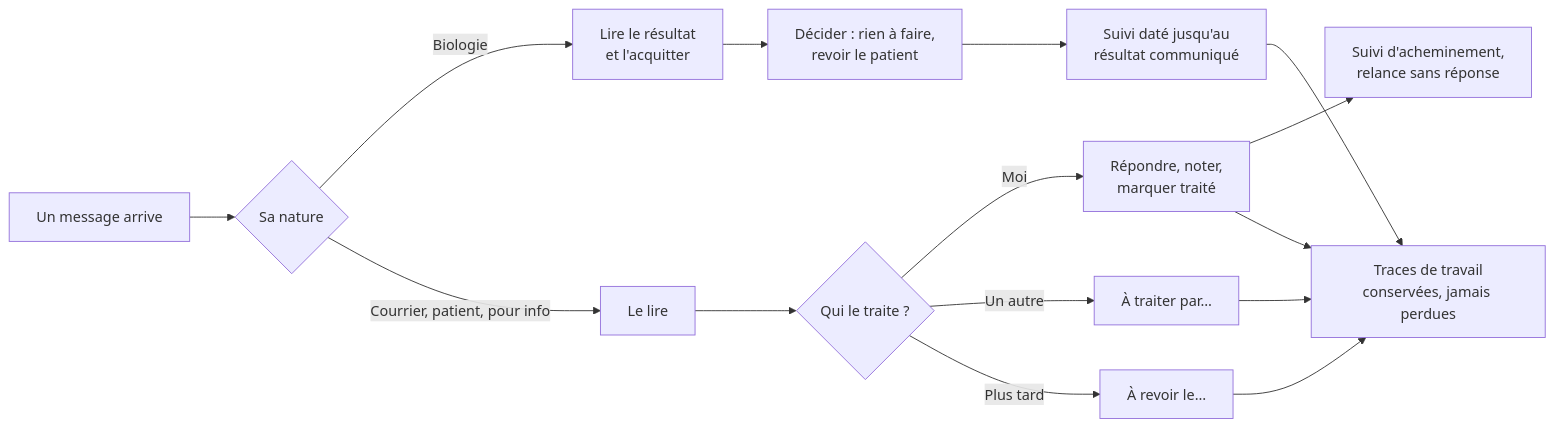
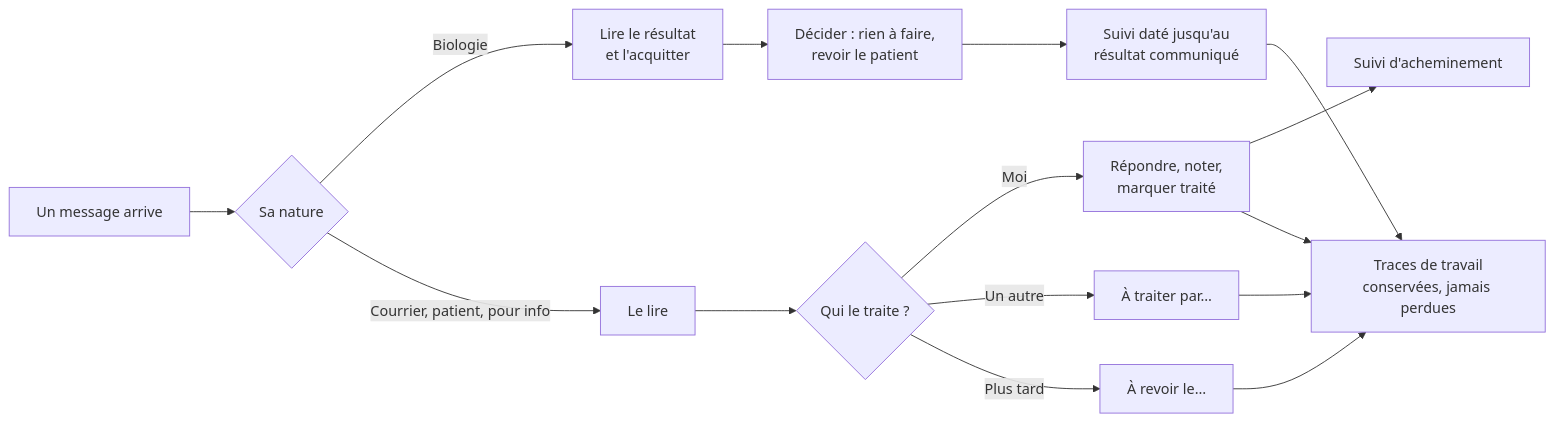
One commit to codengine-technologies/HealthPlatform.Forge changed the diagram in Docs/epics/E024-messagerie-premium-traiter-deleguer-bouc.md. Above: the diagram before and after it, drawn with Mermaid. The commit also changed other lines of this file and 1 other file, not shown here.

Commit message:
docs(E024): relance sans réponse retirée de l'EPIC (task-462 annulée) — v0.8.1

````diff
--- a/Docs/epics/E024-messagerie-premium-traiter-deleguer-bouc.md
+++ b/Docs/epics/E024-messagerie-premium-traiter-deleguer-bouc.md
@@ -97,17 +95,17 @@
 ```mermaid
 flowchart LR
     A[Un message arrive] --> B{Sa nature}
     B -->|Biologie| C[Lire le résultat<br/>et l'acquitter]
     B -->|Courrier, patient, pour info| D[Le lire]
     C --> E[Décider : rien à faire,<br/>revoir le patient]
     E --> F[Suivi daté jusqu'au<br/>résultat communiqué]
     D --> G{Qui le traite ?}
     G -->|Moi| H[Répondre, noter,<br/>marquer traité]
     G -->|Un autre| I[À traiter par…]
     G -->|Plus tard| J[À revoir le…]
-    H --> K[Suivi d'acheminement,<br/>relance sans réponse]
+    H --> K[Suivi d'acheminement]
     F --> L[Traces de travail<br/>conservées, jamais perdues]
     H --> L
     I --> L
     J --> L
 ```
````
